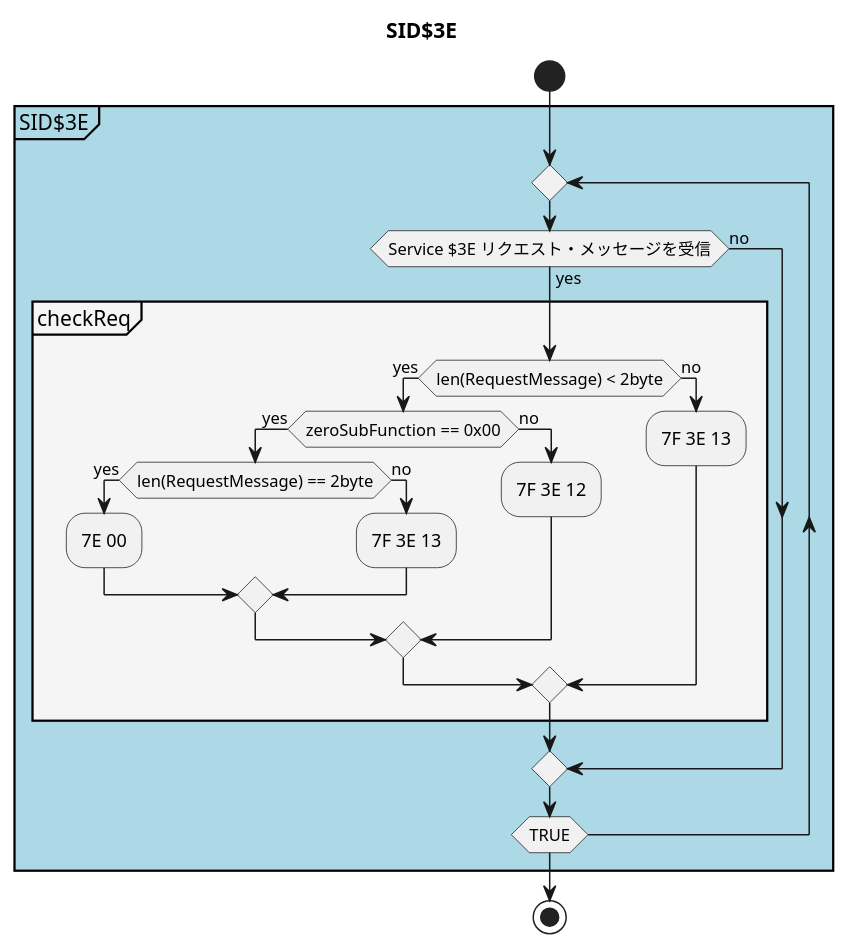
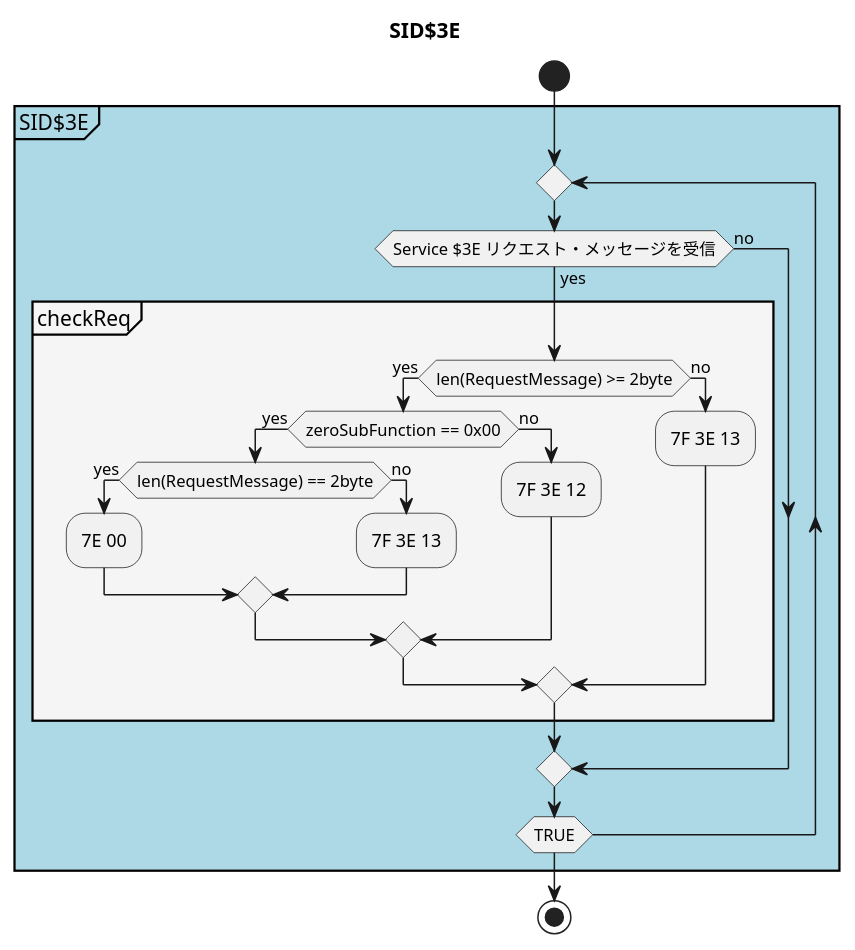
The diagram in UML/SID_0x3E.puml (JiaxiaoH/ecu-simulator), drawn with PlantUML before and after one commit. The commit also changed 9 other files, not shown here.

```diff
--- a/UML/SID_0x3E.puml
+++ b/UML/SID_0x3E.puml
@@ -1,31 +1,31 @@
 @startuml SID$3E
 title SID$3E
 start
     partition SID$3E #LightBlue{
     repeat
     if (Service $3E リクエスト・メッセージを受信) then (yes)
 
       partition checkReq #WhiteSmoke{
 
-        if (len(RequestMessage) < 2byte) then (yes) 
+        if (len(RequestMessage) >= 2byte) then (yes) 
             if (zeroSubFunction == 0x00) then (yes)
                 if(len(RequestMessage) == 2byte) then (yes)
                         :7E 00;
                 else(no)
                     :7F 3E 13;
                 endif
             else(no)
                 :7F 3E 12;
             endif
         else (no)
             :7F 3E 13;
         endif
       }
 
     else (no)
 
     endif
     repeat while(TRUE)
     }
 stop
 @enduml
```
